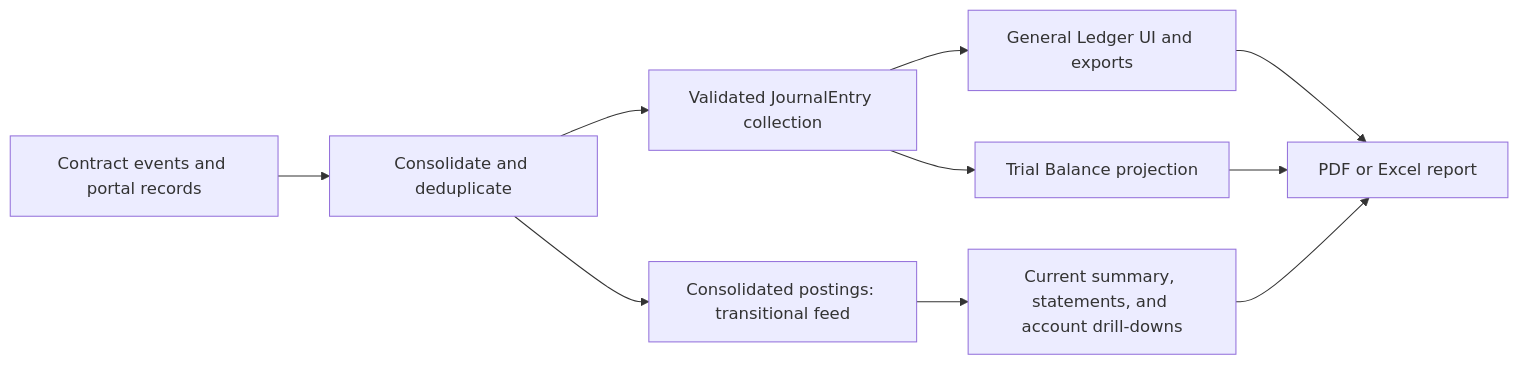
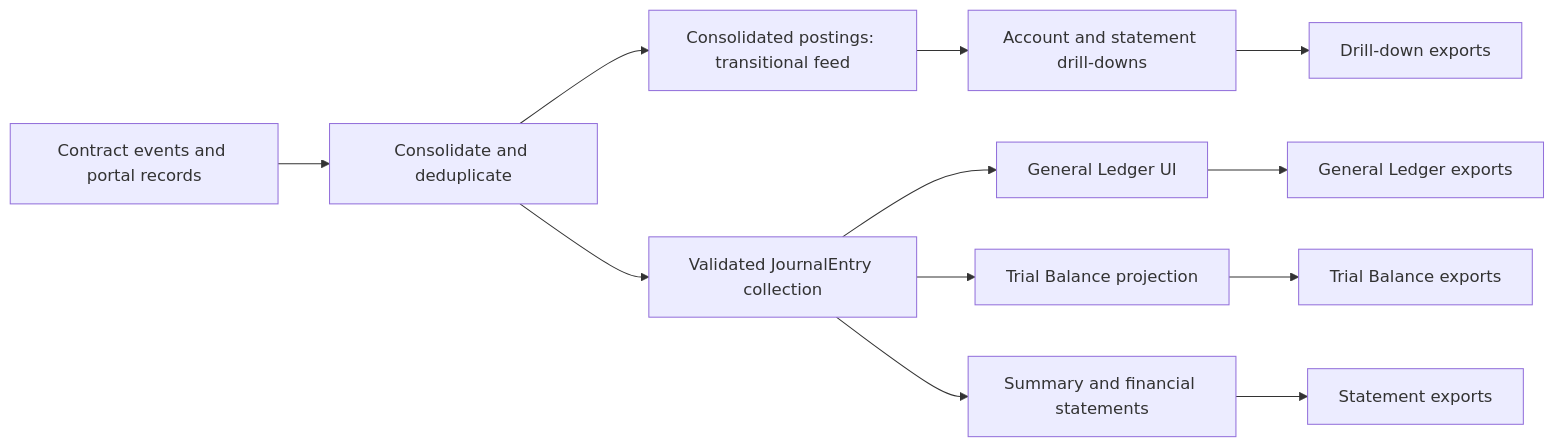
One commit to globe-and-citizen/cnc-portal changed the diagram in docs/features/accounting/README.md. Above: the diagram before and after it, drawn with Mermaid. The commit also changed other lines of this file and 1 other file, not shown here.

Commit message:
docs: 📝 document JournalEntry statement projections

````diff
--- a/docs/features/accounting/README.md
+++ b/docs/features/accounting/README.md
@@ -44,12 +45,14 @@
 ```mermaid
 flowchart LR
     Sources[Contract events and portal records] --> Consolidate[Consolidate and deduplicate]
     Consolidate --> Postings[Consolidated postings: transitional feed]
     Consolidate --> Journal[Validated JournalEntry collection]
-    Journal --> GeneralLedger[General Ledger UI and exports]
+    Journal --> GeneralLedger[General Ledger UI]
     Journal --> Trial[Trial Balance projection]
-    Postings --> Legacy[Current summary, statements, and account drill-downs]
-    GeneralLedger --> Export
-    Trial --> Export[PDF or Excel report]
-    Legacy --> Export
+    Journal --> Statements[Summary and financial statements]
+    Postings --> Drilldowns[Account and statement drill-downs]
+    GeneralLedger --> GeneralLedgerExports[General Ledger exports]
+    Trial --> TrialExports[Trial Balance exports]
+    Statements --> StatementExports[Statement exports]
+    Drilldowns --> DrilldownExports[Drill-down exports]
 ```
````
